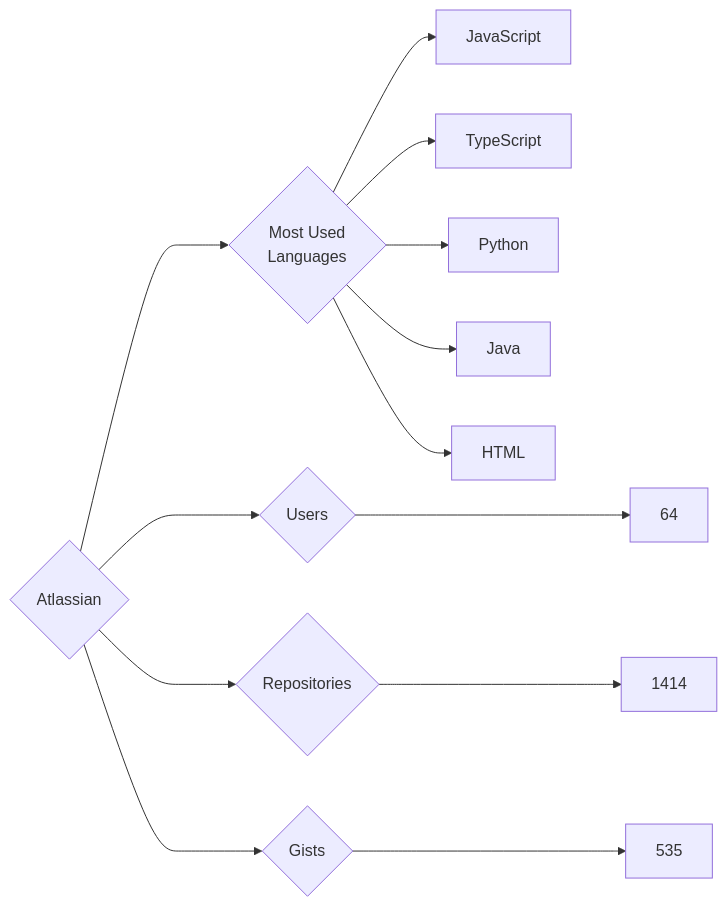
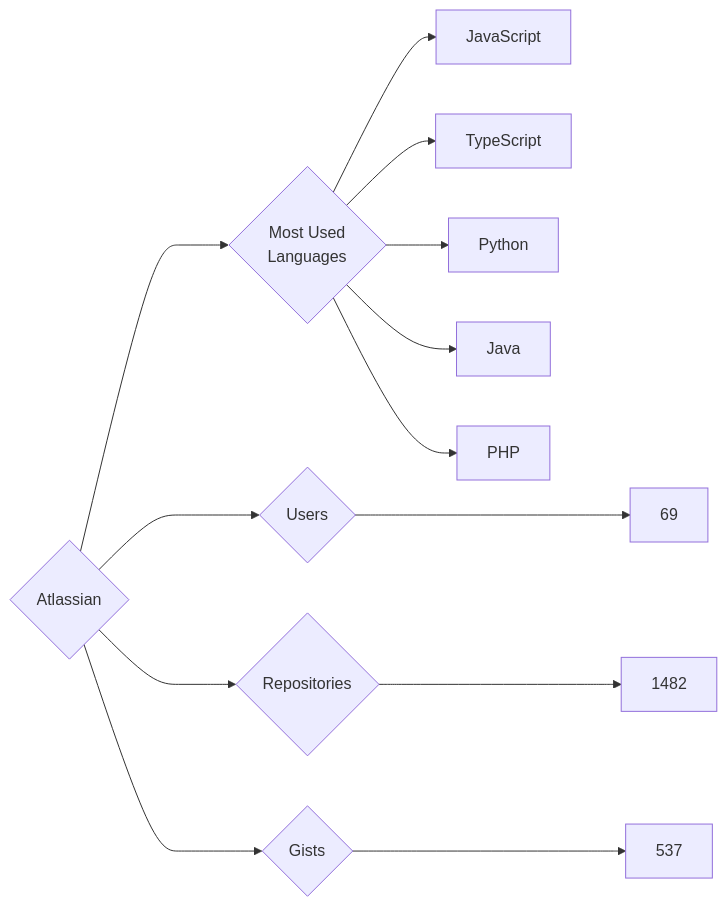
One commit to trickest/insiders changed the diagram in targets/Atlassian/README.md. Above: the diagram before and after it, drawn with Mermaid. The commit also changed 1195 other files, not shown here.

````diff
--- a/targets/Atlassian/README.md
+++ b/targets/Atlassian/README.md
@@ -3,13 +3,13 @@
 ```mermaid
 graph LR
 COMPANY_NAME{Atlassian}
-COMPANY_NAME ---> U{Users} ---> UN[64]
-COMPANY_NAME ---> R{Repositories} ---> RN[1414]
-COMPANY_NAME ---> G{Gists} ---> GN[535]
+COMPANY_NAME ---> U{Users} ---> UN[69]
+COMPANY_NAME ---> R{Repositories} ---> RN[1482]
+COMPANY_NAME ---> G{Gists} ---> GN[537]
 COMPANY_NAME ---> ML{Most Used<br>Languages}
 ML --> JavaScript[JavaScript]
 ML --> TypeScript[TypeScript]
 ML --> Python[Python]
 ML --> Java[Java]
-ML --> HTML[HTML]
+ML --> PHP[PHP]
 ```
````
